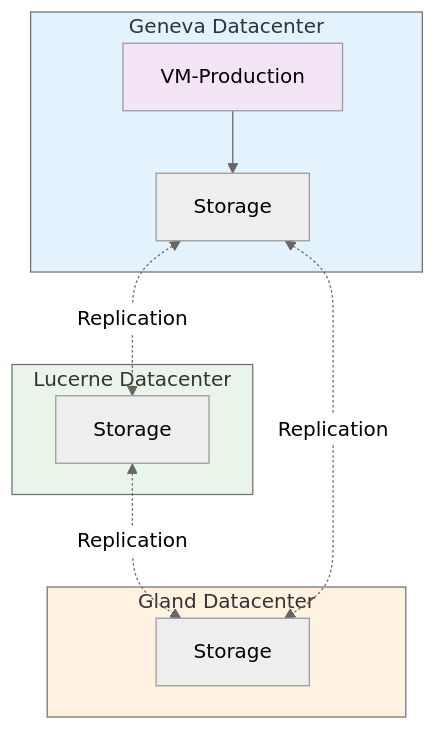
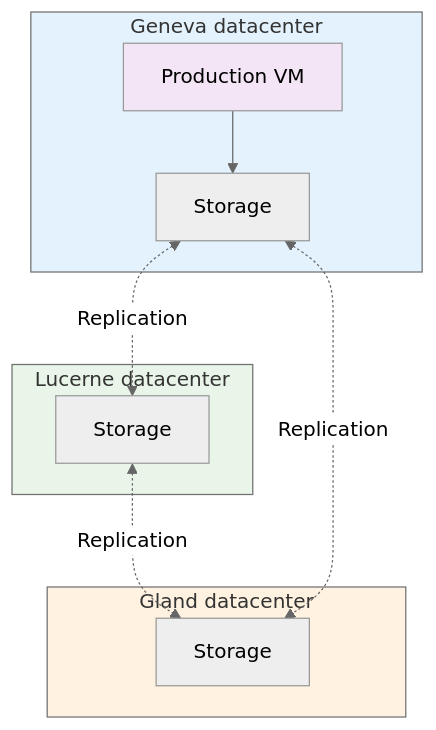
One commit to HidoraSwiss/hikube-public-doc changed the diagram in i18n/en/docusaurus-plugin-content-docs/current/services/compute/overview.md. Above: the diagram before and after it, drawn with Mermaid (neutral theme). The commit also changed other lines of this file and 148 other files, not shown here.

````diff
--- a/i18n/en/docusaurus-plugin-content-docs/current/services/compute/overview.md
+++ b/i18n/en/docusaurus-plugin-content-docs/current/services/compute/overview.md
@@ -38,29 +49,26 @@
 ```mermaid
 flowchart TD
-    subgraph DC1["Geneva Datacenter"]
-        VM1["VM-Production"]
+    subgraph DC1["Geneva datacenter"]
+        VM1["Production VM"]
         STORAGE1["Storage"]
     end
-    
-    subgraph DC2["Lucerne Datacenter"]
+
+    subgraph DC2["Lucerne datacenter"]
         STORAGE2["Storage"]
     end
-    
-    subgraph DC3["Gland Datacenter"]
+
+    subgraph DC3["Gland datacenter"]
         STORAGE3["Storage"]
     end
-    
-    %% VM uses local storage
+
     VM1 --> STORAGE1
-    
-    %% Storage replication between the 3 DCs
+
     STORAGE1 <-.->|"Replication"| STORAGE2
     STORAGE2 <-.->|"Replication"| STORAGE3
     STORAGE1 <-.->|"Replication"| STORAGE3
-    
-    %% Styles
+
     style DC1 fill:#e3f2fd
     style DC2 fill:#e8f5e8
     style DC3 fill:#fff2e1
     style VM1 fill:#f3e5f5
 ```
````
